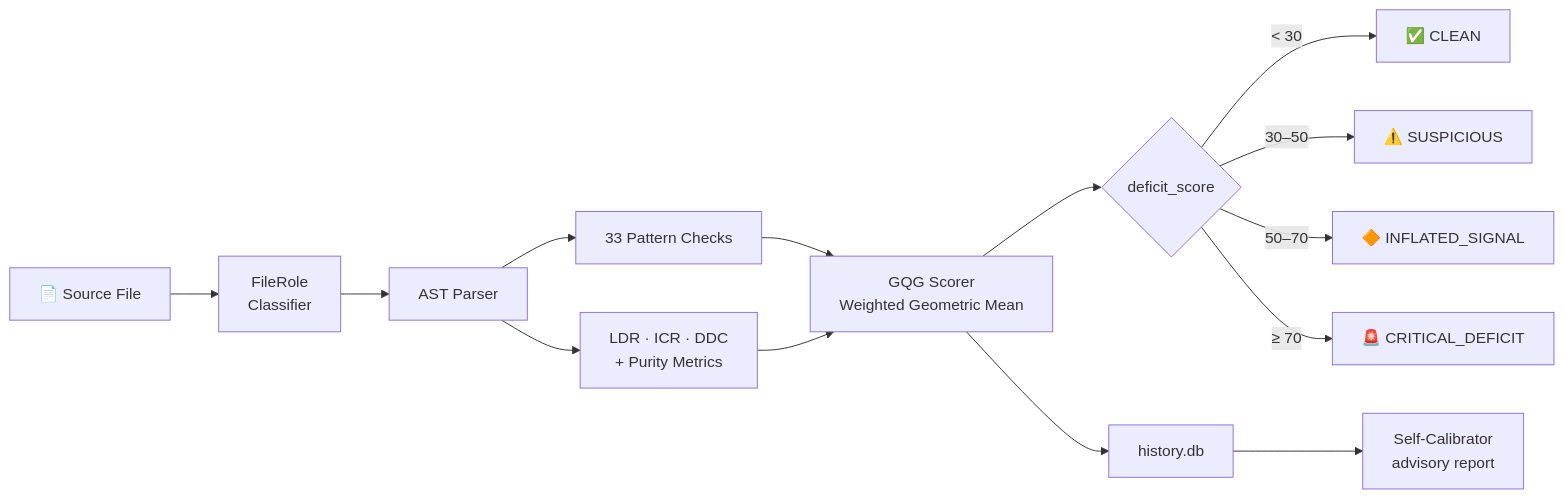
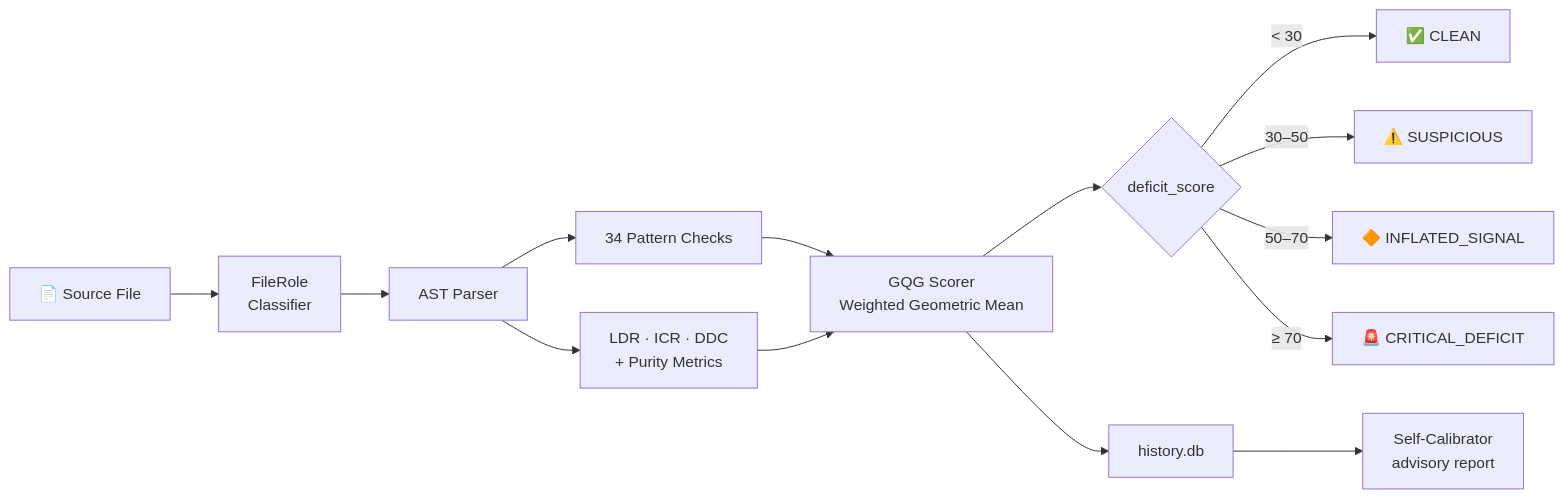
The second of 2 diagrams in README.md (flamehaven01/AI-SLOP-Detector), drawn with Mermaid before and after one commit. The commit also changed other lines of this file and 20 other files, not shown here.

````diff
--- a/README.md
+++ b/README.md
@@ -331,16 +348,16 @@
 ```mermaid
 flowchart LR
     A[📄 Source File] --> R[FileRole\nClassifier]
     R --> B[AST Parser]
-    B --> C[33 Pattern Checks]
+    B --> C[34 Pattern Checks]
     B --> D[LDR · ICR · DDC\n+ Purity Metrics]
     C --> E[GQG Scorer\nWeighted Geometric Mean]
     D --> E
     E --> F{deficit_score}
     F -->|< 30| G[✅ CLEAN]
     F -->|30–50| H[⚠️ SUSPICIOUS]
     F -->|50–70| I[🔶 INFLATED_SIGNAL]
     F -->|≥ 70| J[🚨 CRITICAL_DEFICIT]
     E --> H2[history.db]
     H2 --> K[Self-Calibrator\nadvisory report]
 ```
````
